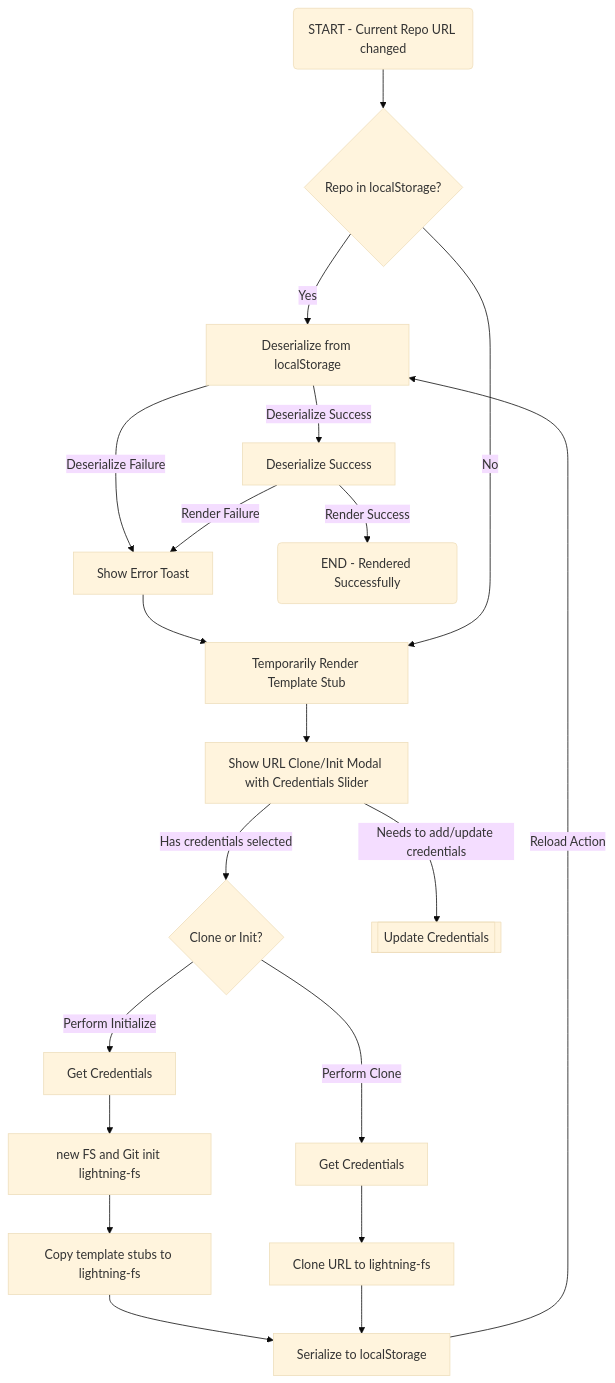
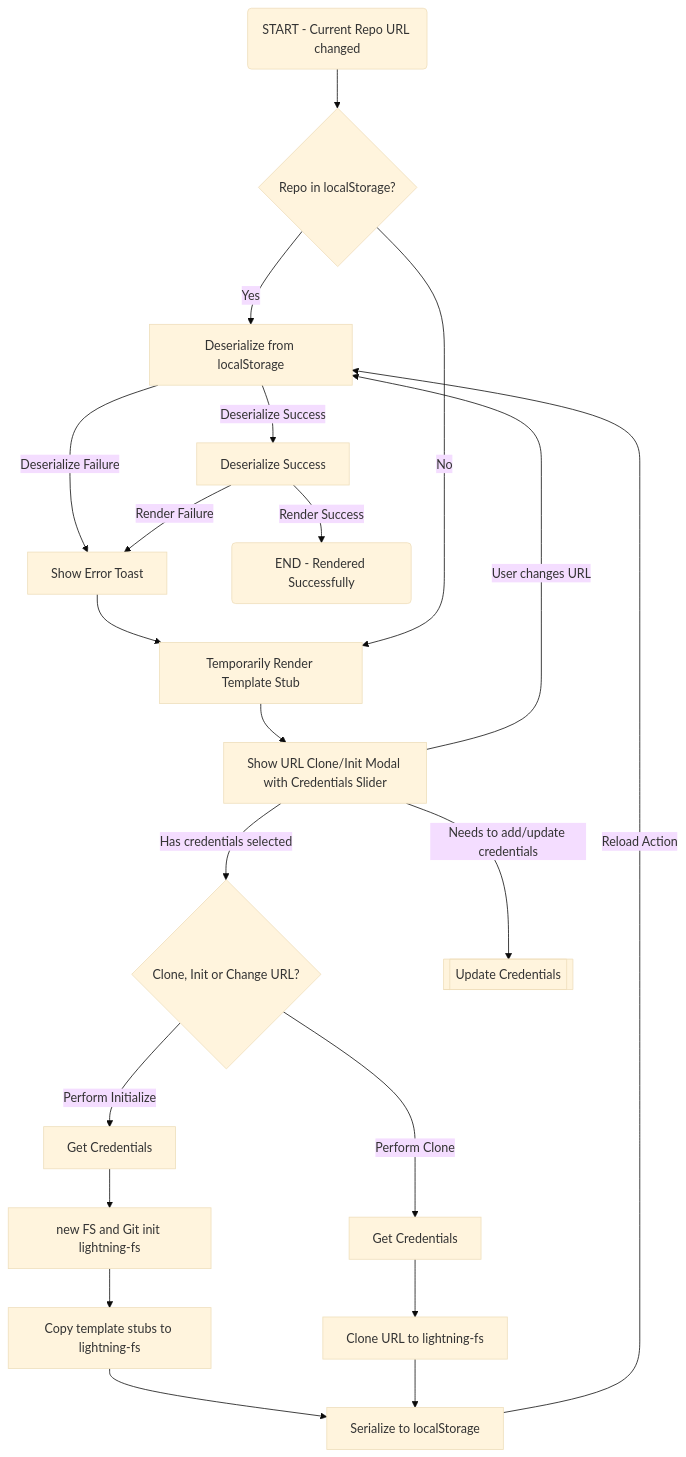
Before and after one commit to sengac/gitfeatures-spec: the diagram in oL2kY7ELjdStZ0MHSt7V3.md, drawn with Mermaid (base theme). The commit also changed 1 other file, not shown here.

Commit message:
change requirements

````diff
--- a/oL2kY7ELjdStZ0MHSt7V3.md
+++ b/oL2kY7ELjdStZ0MHSt7V3.md
@@ -15,22 +15,23 @@
 ```mermaid
 graph TD
     A(START - Current Repo URL changed) --> B{Repo in localStorage?}
     B -->|Yes| deserialize[Deserialize from localStorage]
     deserialize -->|Deserialize Success| deserializeSuccess[Deserialize Success]
     deserialize -->|Deserialize Failure| errorToast[Show Error Toast]
     errorToast --> temporarilyRenderStub
     deserializeSuccess -->|Render Success| renderSuccess(END - Rendered Successfully)
     deserializeSuccess -->|Render Failure| errorToast
     B -->|No| temporarilyRenderStub[Temporarily Render Template Stub]
     temporarilyRenderStub --> E[Show Init/Clone Modal]
-    E[Show URL Clone/Init Modal with Credentials Slider] -->|Has credentials selected| F{Clone or Init?}
+    E[Show URL Clone/Init Modal with Credentials Slider] -->|Has credentials selected| F{Clone, Init or Change URL?}
+    E -->|User changes URL| deserialize
     E -->|Needs to add/update credentials| updateCredentials[[Update Credentials]]
     F -->|Perform Clone| G[Get Credentials]
     F -->|Perform Initialize| H[Get Credentials]
     H --> git-init[new FS and Git init lightning-fs]
     git-init --> copy-stub[Copy template stubs to lightning-fs]
     copy-stub --> serialize[Serialize to localStorage]
     G --> I[Clone URL to lightning-fs]
     I --> serialize
     serialize --> |Reload Action| deserialize
 ```
````
